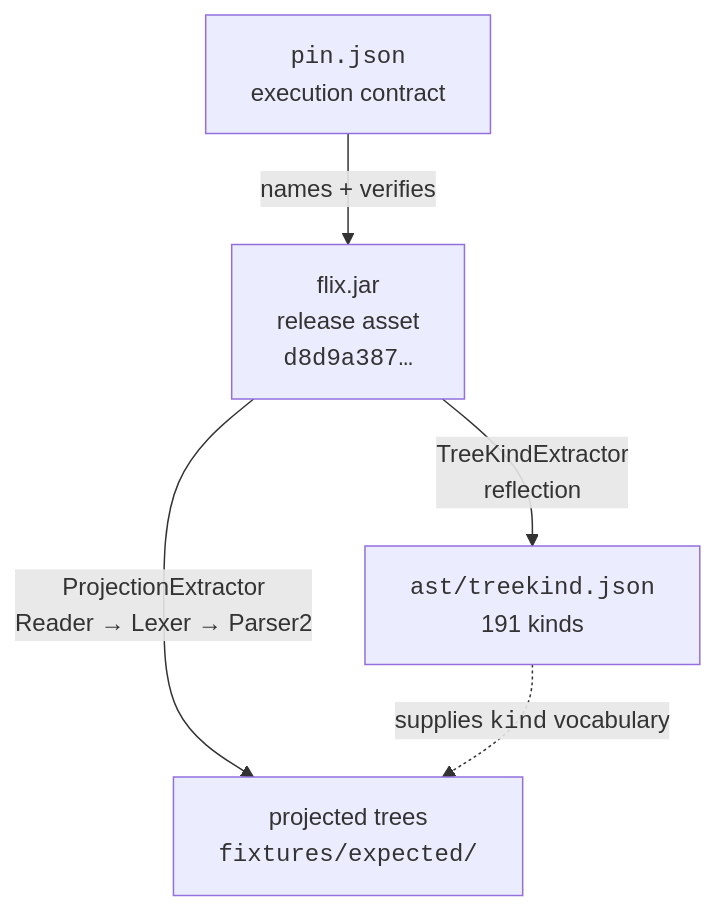
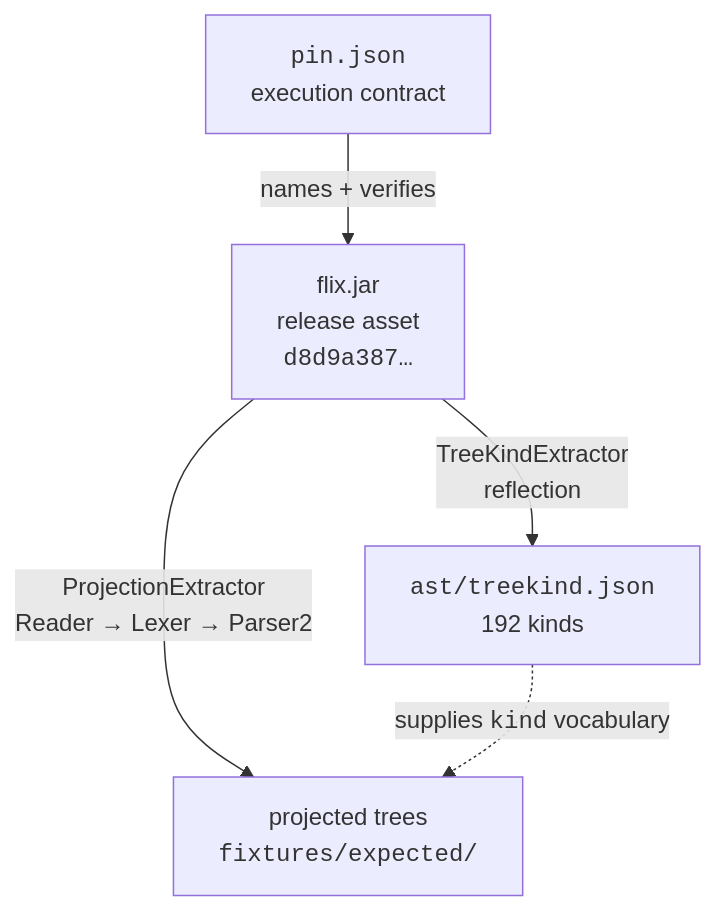
The diagram in README.md (wstein/flix-spec), drawn with Mermaid before and after one commit. The commit also changed other lines of this file and 4 other files, not shown here.

````diff
--- a/README.md
+++ b/README.md
@@ -135,12 +137,12 @@
 ```mermaid
 flowchart TD
     REL["flix.jar<br/>release asset<br/><code>d8d9a387…</code>"]
     PIN["<code>pin.json</code><br/>execution contract"]
-    TK["<code>ast/treekind.json</code><br/>191 kinds"]
+    TK["<code>ast/treekind.json</code><br/>192 kinds"]
     PROJ["projected trees<br/><code>fixtures/expected/</code>"]
 
     PIN -->|"names + verifies"| REL
     REL -->|"TreeKindExtractor<br/>reflection"| TK
     REL -->|"ProjectionExtractor<br/>Reader → Lexer → Parser2"| PROJ
     TK -.->|"supplies <code>kind</code> vocabulary"| PROJ
 ```
````
